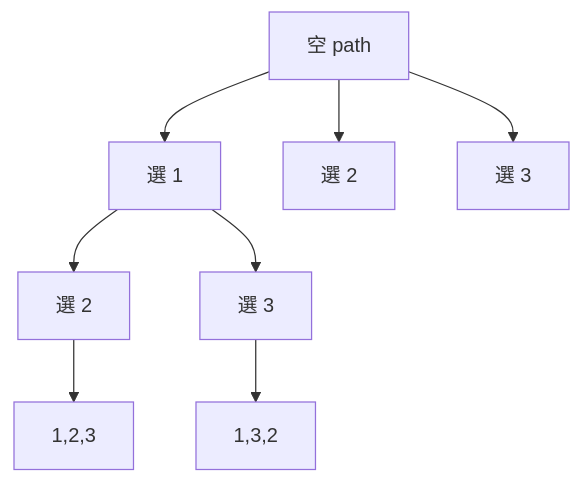
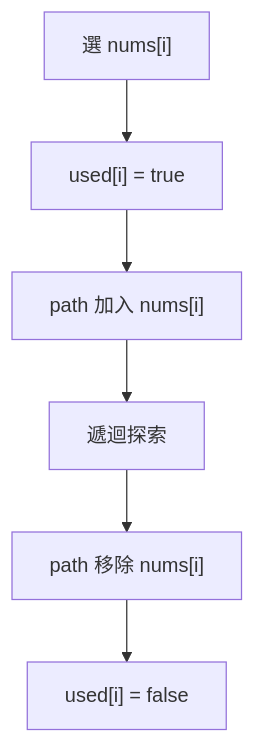
Before and after one commit to davidchen0970/algorithm_note: the fourth of 5 diagrams in 05_recursion_backtracking/22_backtracking.md, drawn with Mermaid. The commit also changed other lines of this file and 1 other file, not shown here.

````diff
--- a/05_recursion_backtracking/22_backtracking.md
+++ b/05_recursion_backtracking/22_backtracking.md
@@ -282,10 +596,8 @@
 ```mermaid
 flowchart TD
-    A[空 path] --> B[選 1]
-    A --> C[選 2]
-    A --> D[選 3]
-    B --> E[選 2]
-    B --> F[選 3]
-    E --> G[1,2,3]
-    F --> H[1,3,2]
+    A["選 nums[i]"] --> B["used[i] = true"]
+    B --> C["path 加入 nums[i]"]
+    C --> D["遞迴探索"]
+    D --> E["path 移除 nums[i]"]
+    E --> F["used[i] = false"]
 ```
````
